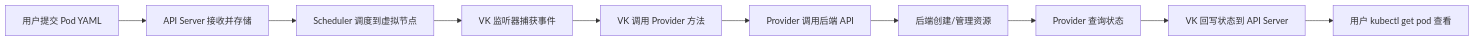
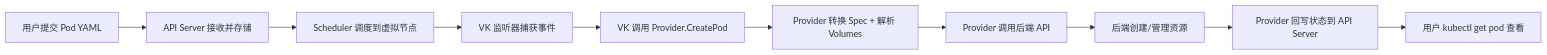
Before and after one commit to zgfh/zgfh.github.io: the second of 7 diagrams in content/docs/k8s/extend/virtual-kubelet-provider.md, drawn with Mermaid. The commit also changed other lines of this file, not shown here.

````diff
--- a/content/docs/k8s/extend/virtual-kubelet-provider.md
+++ b/content/docs/k8s/extend/virtual-kubelet-provider.md
@@ -90,12 +83,12 @@
 ```mermaid
 flowchart LR
     A["用户提交 Pod YAML"] --> B["API Server 接收并存储"]
     B --> C["Scheduler 调度到虚拟节点"]
     C --> D["VK 监听器捕获事件"]
-    D --> E["VK 调用 Provider 方法"]
-    E --> F["Provider 调用后端 API"]
-    F --> G["后端创建/管理资源"]
-    G --> H["Provider 查询状态"]
-    H --> I["VK 回写状态到 API Server"]
+    D --> E["VK 调用 Provider.CreatePod"]
+    E --> F["Provider 转换 Spec + 解析 Volumes"]
+    F --> G["Provider 调用后端 API"]
+    G --> H["后端创建/管理资源"]
+    H --> I["Provider 回写状态到 API Server"]
     I --> J["用户 kubectl get pod 查看"]
 ```
````
